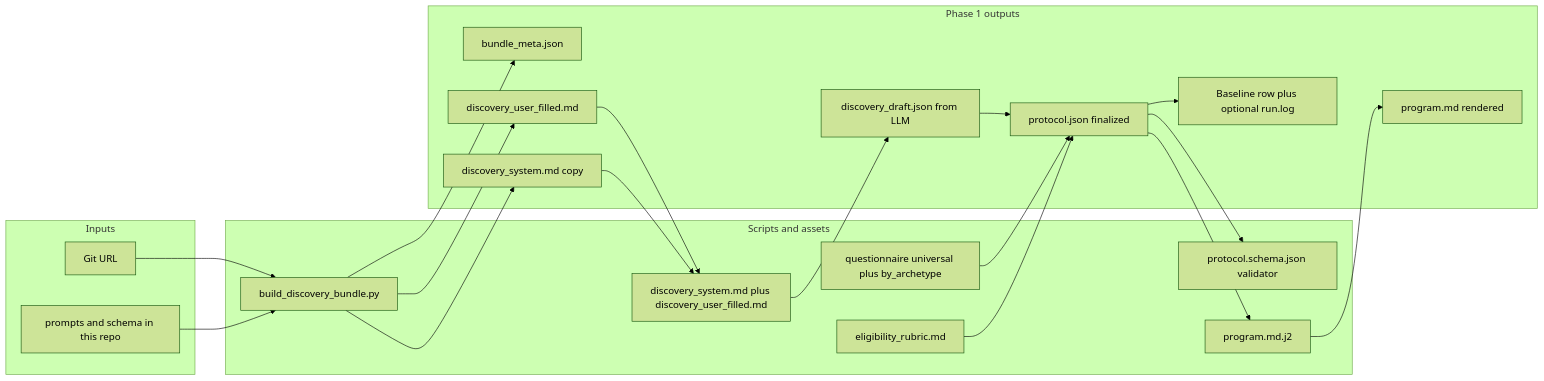
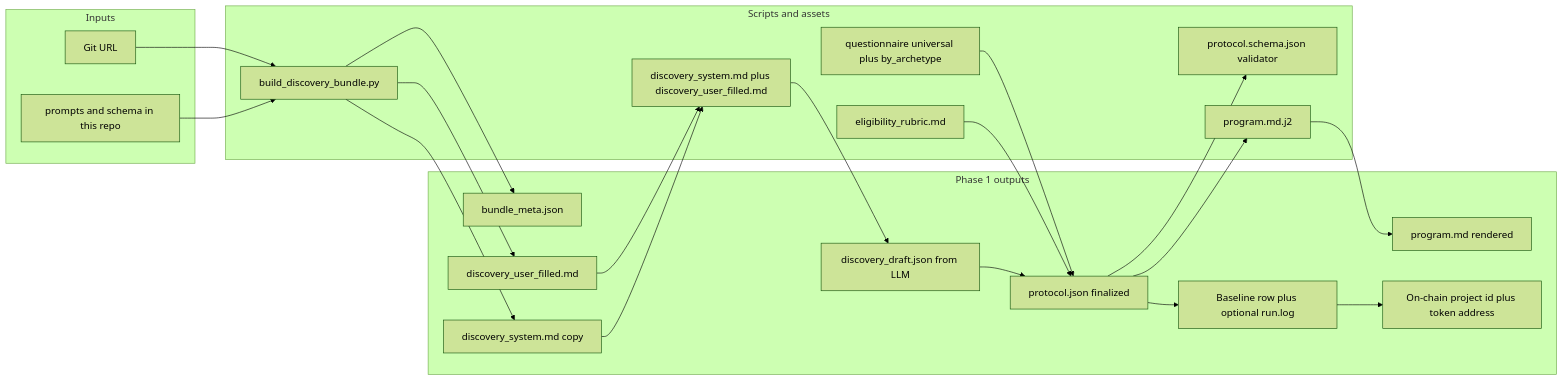
One commit to Auto-Research-At-Home/skill changed the second of 3 diagrams in autoresearch-create/workflow.md. Above: the diagram before and after it, drawn with Mermaid (forest theme). The commit also changed other lines of this file and 10 other files, not shown here.

````diff
--- a/autoresearch-create/workflow.md
+++ b/autoresearch-create/workflow.md
@@ -55,42 +58,44 @@
 ```mermaid
 flowchart LR
   subgraph inputs [Inputs]
     A[Git URL]
     B[prompts and schema in this repo]
   end
 
   subgraph tools [Scripts and assets]
     S[build_discovery_bundle.py]
     P[discovery_system.md plus discovery_user_filled.md]
     V[protocol.schema.json validator]
     Q[questionnaire universal plus by_archetype]
     R[eligibility_rubric.md]
     T[program.md.j2]
   end
 
   subgraph outputs [Phase 1 outputs]
     M[bundle_meta.json]
     U[discovery_user_filled.md]
     SYS[discovery_system.md copy]
     D[discovery_draft.json from LLM]
     PR[protocol.json finalized]
     MD[program.md rendered]
     BL[Baseline row plus optional run.log]
+    OC[On-chain project id plus token address]
   end
 
   A --> S
   B --> S
   S --> M
   S --> U
   S --> SYS
   U --> P
   SYS --> P
   P --> D
   Q --> PR
   D --> PR
   R --> PR
   PR --> V
   PR --> T
   T --> MD
   PR --> BL
+  BL --> OC
 ```
````
